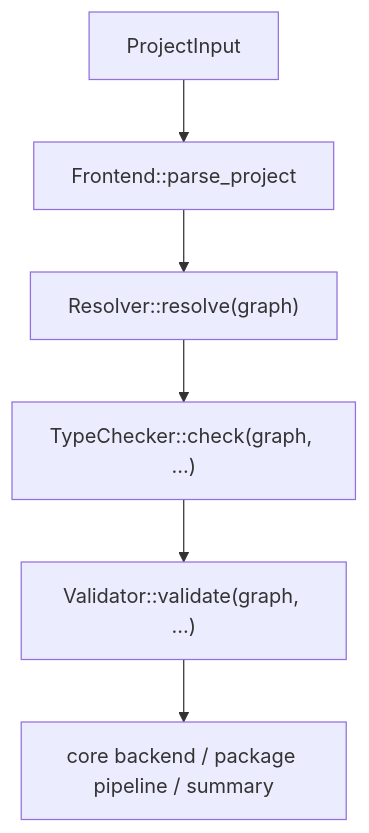
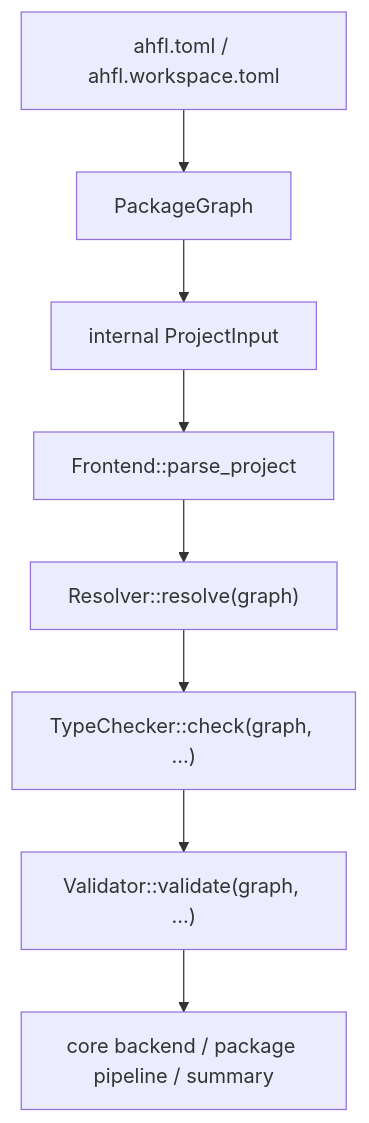
One commit to Zzzode/AHFL changed the first of 2 diagrams in docs/design/cli-pipeline-architecture.zh.md. Above: the diagram before and after it, drawn with Mermaid. The commit also changed other lines of this file and 31 other files, not shown here.

````diff
--- a/docs/design/cli-pipeline-architecture.zh.md
+++ b/docs/design/cli-pipeline-architecture.zh.md
@@ -129,8 +131,10 @@
 ```mermaid
 flowchart TD
-    ProjectInput["ProjectInput"] --> ParseProject["Frontend::parse_project"]
+    Manifest["ahfl.toml / ahfl.workspace.toml"] --> PackageGraph["PackageGraph"]
+    PackageGraph --> ProjectInput["internal ProjectInput"]
+    ProjectInput --> ParseProject["Frontend::parse_project"]
     ParseProject --> ResolveGraph["Resolver::resolve(graph)"]
     ResolveGraph --> TypecheckGraph["TypeChecker::check(graph, ...)"]
     TypecheckGraph --> ValidateGraph["Validator::validate(graph, ...)"]
     ValidateGraph --> Output["core backend / package pipeline / summary"]
 ```
````
